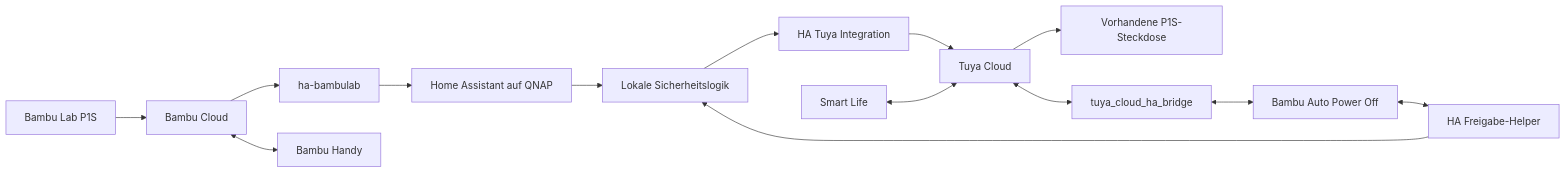
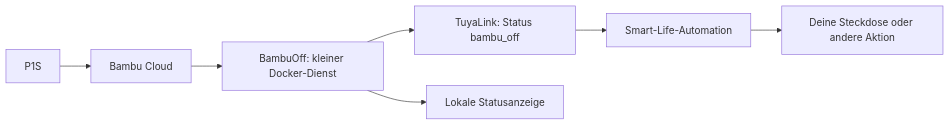
The diagram in README.md (motocrossmaster21/bambu-smartlife-auto-poweroff), drawn with Mermaid before and after one commit. The commit also changed other lines of this file and 47 other files, not shown here.

````diff
--- a/README.md
+++ b/README.md
@@ -13,16 +102,9 @@
 ```mermaid
 flowchart LR
-  P1S[Bambu Lab P1S] --> BC[Bambu Cloud]
-  BC --> B[ha-bambulab]
-  BC <--> Handy[Bambu Handy]
-  B --> HA[Home Assistant auf QNAP]
-  HA --> Guard[Lokale Sicherheitslogik]
-  Guard --> HT[HA Tuya Integration]
-  HT --> TC[Tuya Cloud]
-  TC --> Plug[Vorhandene P1S-Steckdose]
-  SL[Smart Life] <--> TC
-  TC <--> Bridge[tuya_cloud_ha_bridge]
-  Bridge <--> Switch[Bambu Auto Power Off]
-  Switch <--> Helper[HA Freigabe-Helper]
-  Helper --> Guard
+    P[P1S] --> BC[Bambu Cloud]
+    BC --> A[BambuOff: kleiner Docker-Dienst]
+    A --> T[TuyaLink: Status bambu_off]
+    T --> SL[Smart-Life-Automation]
+    SL --> S[Deine Steckdose oder andere Aktion]
+    A --> UI[Lokale Statusanzeige]
 ```
````
